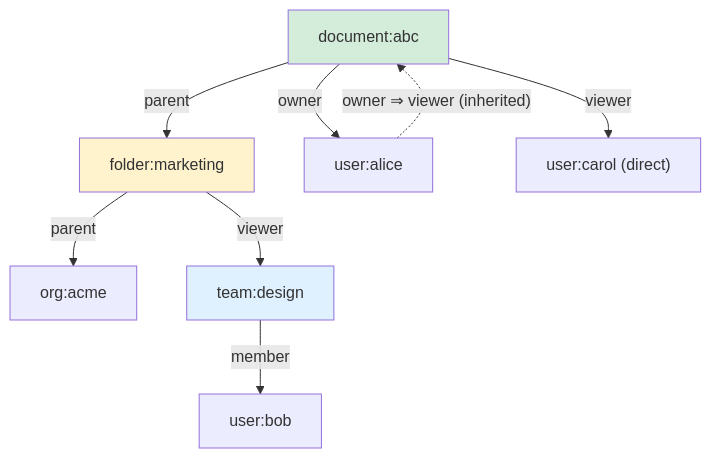
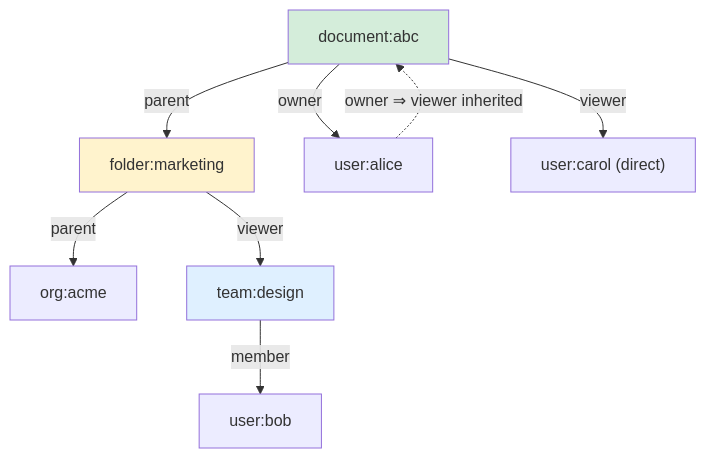
The fourth of 8 diagrams in vol-09-security-auth/ch07-authorization.md (bumbsclaw/textbooks), drawn with Mermaid before and after one commit. The commit also changed other lines of this file and 173 other files, not shown here.

First line of the commit message:
fix(mermaid): close note brackets, semicolons in Notes, stateDiagram br -> dash, edge parens

````diff
--- a/vol-09-security-auth/ch07-authorization.md
+++ b/vol-09-security-auth/ch07-authorization.md
@@ -354,16 +354,16 @@
 ```mermaid
 graph TD
     A["document:abc"]
     A -->|"parent"| F["folder:marketing"]
     F -->|"parent"| O["org:acme"]
     F -->|"viewer"| T["team:design"]
     T -->|"member"| U2["user:bob"]
     A -->|"owner"| U1["user:alice"]
     A -->|"viewer"| U3["user:carol (direct)"]
 
-    U1 -.->|"owner ⇒ viewer (inherited)"| A
+    U1 -.->|"owner ⇒ viewer inherited "| A
 
     style A fill:#d4edda
     style F fill:#fff3cd
     style T fill:#dff0ff
 ```
````
